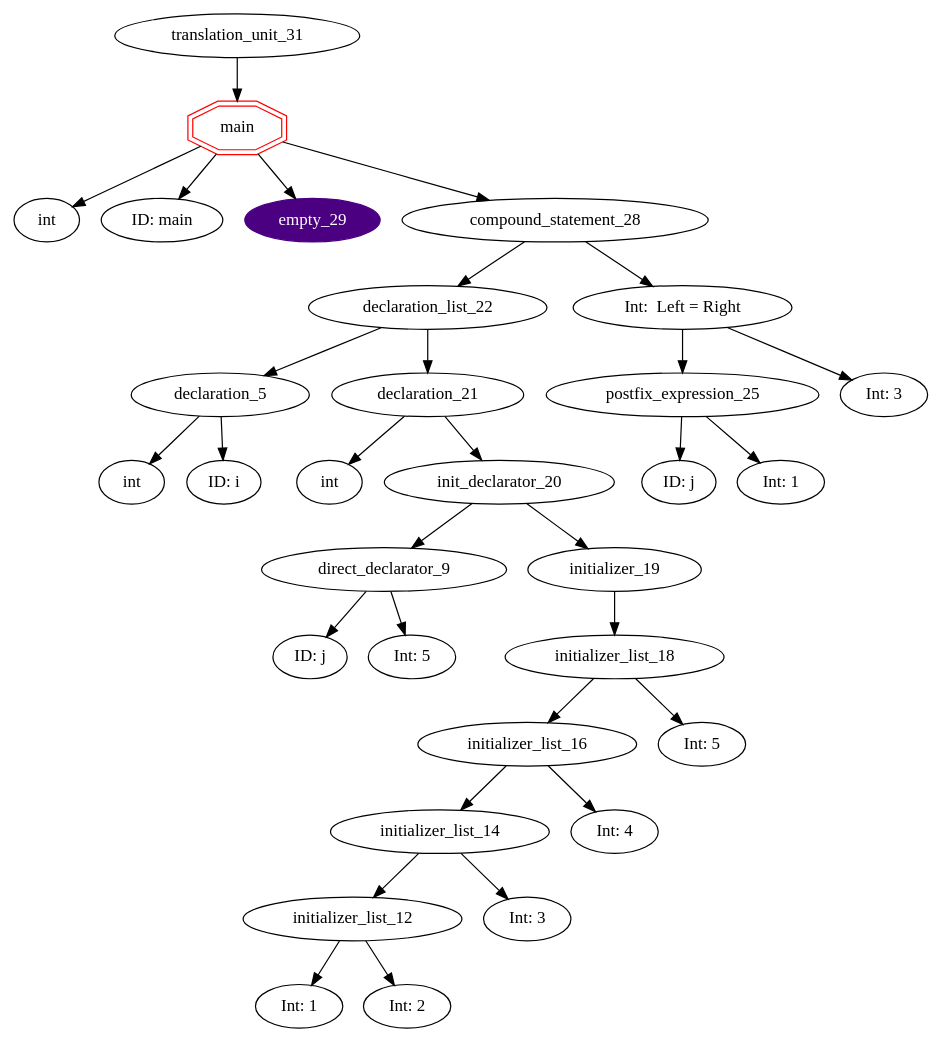
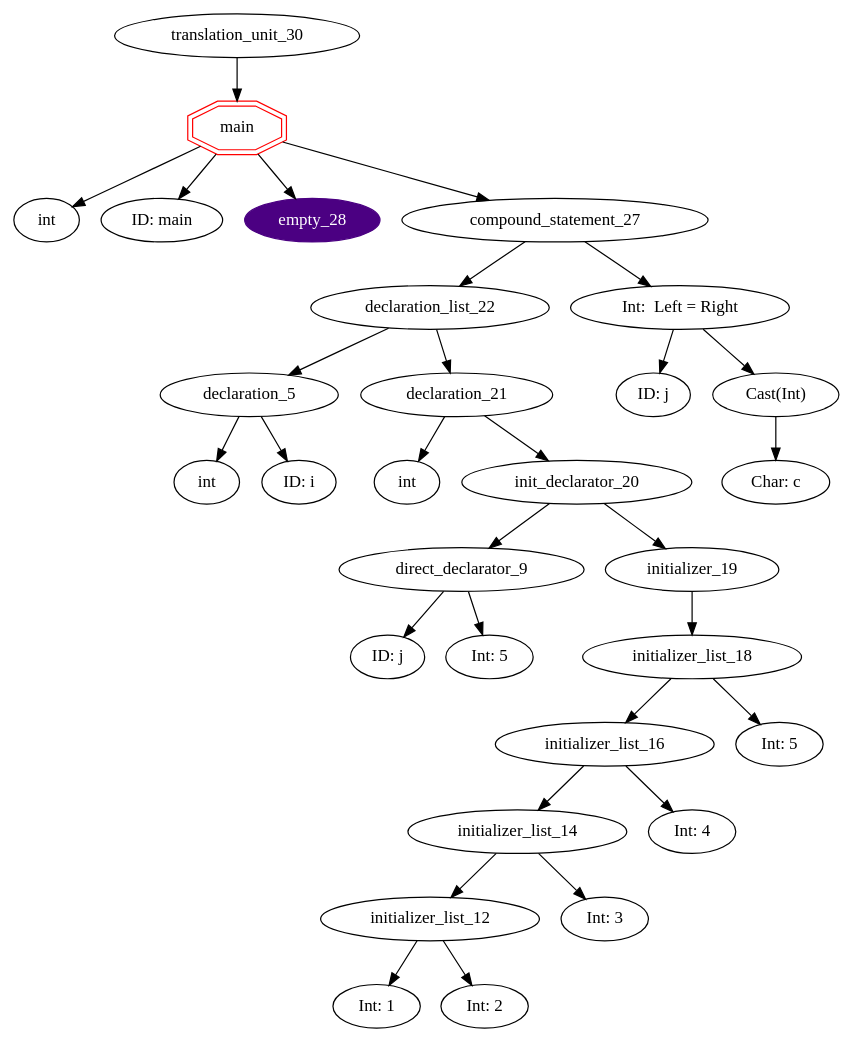
One commit to ahpalmerUNR/c_compiler changed the diagram in graphs/default.gv. Above: the diagram before and after it, drawn with Graphviz. The commit also changed 7 other files, not shown here.

Commit message:
assignmentNode type checking and vector of id types in data node

```diff
--- a/graphs/default.gv
+++ b/graphs/default.gv
@@ -1,50 +1,49 @@
 digraph AST {
-	translation_unit_31 -> function_definition_30;
-	function_definition_30 [shape=doubleoctagon,color=red,label="main"]
-	function_definition_30 -> type_specifier_0;
+	translation_unit_30 -> function_definition_29;
+	function_definition_29 [shape=doubleoctagon,color=red,label="main"]
+	function_definition_29 -> type_specifier_0;
 	type_specifier_0 [label="int"]
-	function_definition_30 -> identifier_1;
+	function_definition_29 -> identifier_1;
 	identifier_1 [label="ID: main"]
-	function_definition_30 -> empty_29;
-	empty_29 [style=filled,color=indigo,fontcolor=white]
-	function_definition_30 -> compound_statement_28;
-	compound_statement_28 -> declaration_list_22;
+	function_definition_29 -> empty_28;
+	empty_28 [style=filled,color=indigo,fontcolor=white]
+	function_definition_29 -> compound_statement_27;
+	compound_statement_27 -> declaration_list_22;
 	declaration_list_22 -> declaration_5;
 	declaration_5 -> type_specifier_3;
 	type_specifier_3 [label="int"]
 	declaration_5 -> identifier_4;
 	identifier_4 [label="ID: i"]
 	declaration_list_22 -> declaration_21;
 	declaration_21 -> type_specifier_6;
 	type_specifier_6 [label="int"]
 	declaration_21 -> init_declarator_20;
 	init_declarator_20 -> direct_declarator_9;
 	direct_declarator_9 -> identifier_7;
 	identifier_7 [label="ID: j"]
 	direct_declarator_9 -> constant_8;
 	constant_8 [label="Int: 5"]
 	init_declarator_20 -> initializer_19;
 	initializer_19 -> initializer_list_18;
 	initializer_list_18 -> initializer_list_16;
 	initializer_list_16 -> initializer_list_14;
 	initializer_list_14 -> initializer_list_12;
 	initializer_list_12 -> constant_10;
 	constant_10 [label="Int: 1"]
 	initializer_list_12 -> constant_11;
 	constant_11 [label="Int: 2"]
 	initializer_list_14 -> constant_13;
 	constant_13 [label="Int: 3"]
 	initializer_list_16 -> constant_15;
 	constant_15 [label="Int: 4"]
 	initializer_list_18 -> constant_17;
 	constant_17 [label="Int: 5"]
-	compound_statement_28 -> assignment_expression_27;
-	assignment_expression_27 [label="Int:  Left = Right"]
-	assignment_expression_27 -> postfix_expression_25;
-	postfix_expression_25 -> identifier_23;
+	compound_statement_27 -> assignment_expression_25;
+	assignment_expression_25 [label="Int:  Left = Right"]
+	assignment_expression_25 -> identifier_23;
 	identifier_23 [label="ID: j"]
-	postfix_expression_25 -> constant_24;
-	constant_24 [label="Int: 1"]
-	assignment_expression_27 -> constant_26;
-	constant_26 [label="Int: 3"]
+	assignment_expression_25 -> Implicit_Cast26;
+	Implicit_Cast26 [label="Cast(Int)"]
+	Implicit_Cast26 -> constant_24;
+	constant_24 [label="Char: c"]
 }
```
